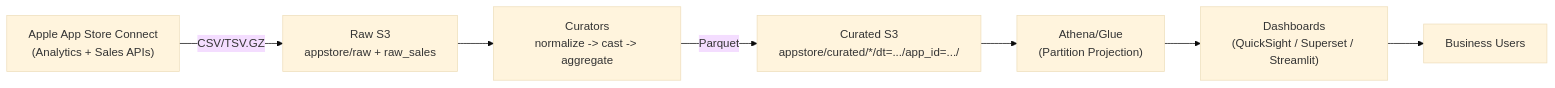
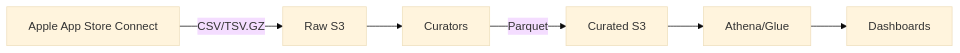
Before and after one commit to ankit961/Apple-Analytics: the first of 3 diagrams in README.md, drawn with Mermaid (base theme). The commit also changed other lines of this file and 32 other files, not shown here.

````diff
--- a/README.md
+++ b/README.md
@@ -7,10 +345,8 @@
 ```mermaid
 flowchart LR
-  A["Apple App Store Connect<br/>(Analytics + Sales APIs)"] -->|CSV/TSV.GZ| B["Raw S3<br/>appstore/raw + raw_sales"]
-  B --> C["Curators<br/>normalize -> cast -> aggregate"]
-  C -->|Parquet| D["Curated S3<br/>appstore/curated/*/dt=.../app_id=.../"]
-  D --> E["Athena/Glue<br/>(Partition Projection)"]
-  E --> F["Dashboards<br/>(QuickSight / Superset / Streamlit)"]
-  F --> G["Business Users"]
-
+  A["Apple App Store Connect"] -->|CSV/TSV.GZ| B["Raw S3"]
+  B --> C["Curators"]
+  C -->|Parquet| D["Curated S3"]
+  D --> E["Athena/Glue"]
+  E --> F["Dashboards"]
 ```
````
